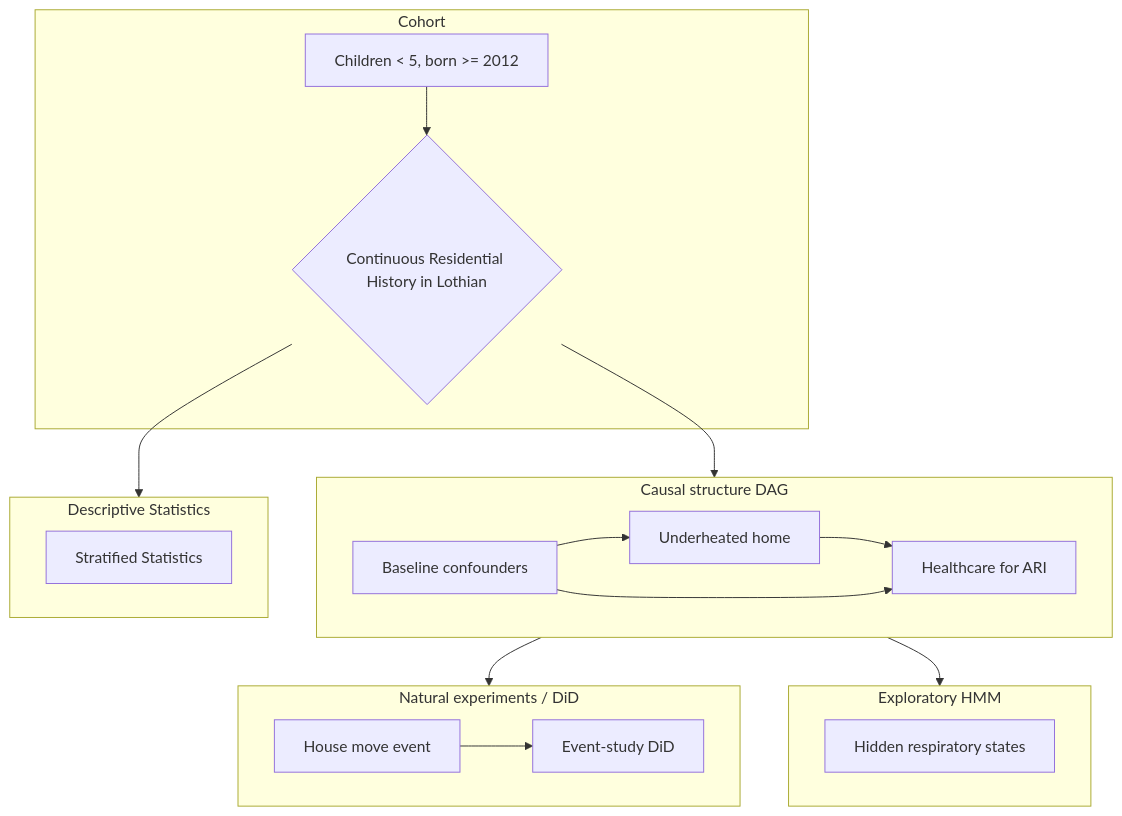
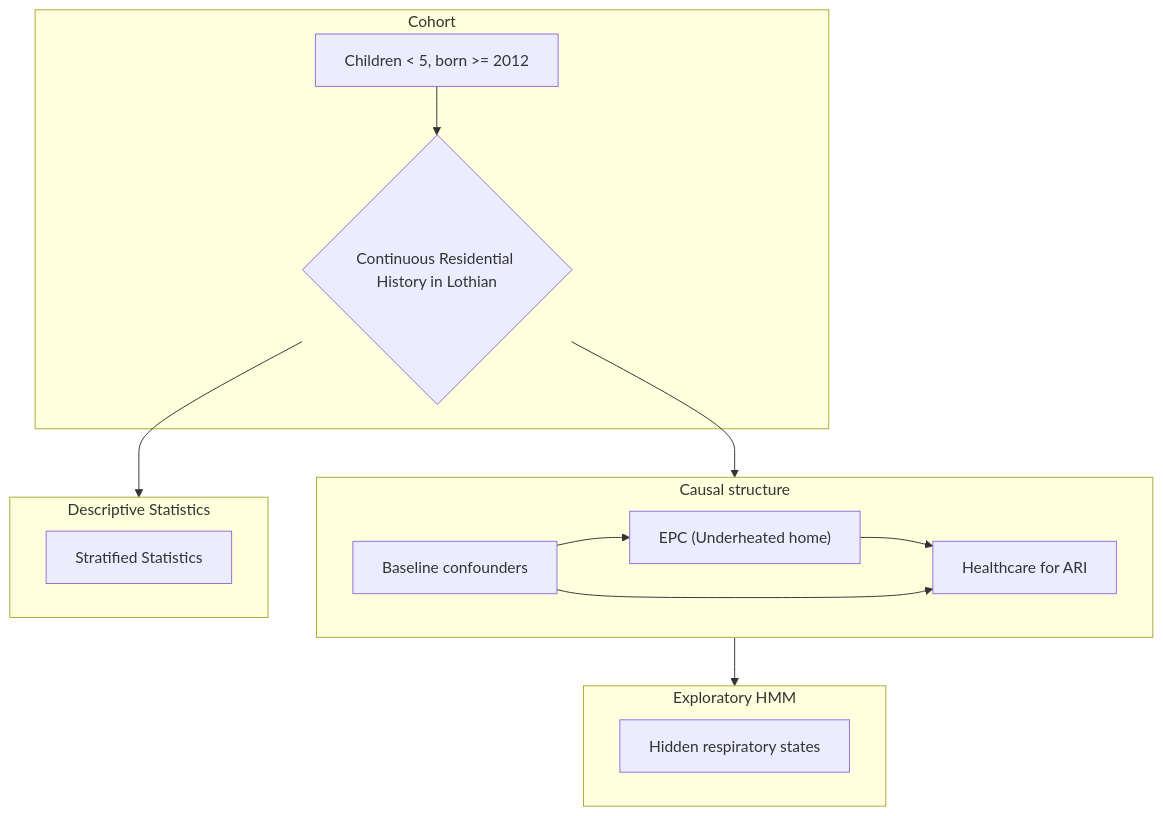
The diagram in analysis_plan.md (HomesHeatAndHealthyKids/DataLochAnalysis), drawn with Mermaid before and after one commit. The commit also changed other lines of this file and 1 other file, not shown here.

Commit message:
Added key to linkage diagram

````diff
--- a/analysis_plan.md
+++ b/analysis_plan.md
@@ -3,46 +3,48 @@
 ```mermaid
 flowchart TD
   %% Establish cohort
   subgraph A [Cohort]
     A1[Children < 5, born >= 2012]
     A2{Continuous Residential History in Lothian}
     A1 --> A2
   end
 
   %% Causal structure
-  subgraph B [Causal structure DAG]
-    X[Underheated home]
+  subgraph B [Causal structure]
+    X["EPC (Underheated home)"]
     Y[Healthcare for ARI]
     C[Baseline confounders]
     X --> Y
     C --> X
     C --> Y
   end
 
   %% Analysis branches
-  subgraph Cx [Natural experiments / DiD]
-    E0[House move event]
-    E1[Event-study DiD]
-    E0 --> E1
-  end
+  %% subgraph Cx [Natural experiments / DiD]
+  %%   E0[House move event]
+  %%   E1[Event-study DiD]
+  %%   E0 --> E1
+  %% end
 
   subgraph D [Exploratory HMM]
     H1[Hidden respiratory states]
   end
 
   subgraph E [Descriptive Statistics]
-    H2[Stratified Statistics]
+   H2[Stratified Statistics]
   end
 
   %% Flow
   A2 --> B
-  B --> Cx
+  %% B --> Cx
   B --> D
   A2 --> E
 
-  classDef exp fill:#1b9e77,color:#fff,stroke:#1b9e77,stroke-width:1px;
-  classDef conf fill:#377eb8,color:#fff,stroke:#377eb8,stroke-width:1px;
-  classDef med fill:#ff7f00,color:#fff,stroke:#ff7f00,stroke-width:1px;
-  classDef out fill:#e41a1c,color:#fff,stroke:#e41a1c,stroke-width:1px;
-  classDef note fill:#f0f0f0,stroke:#999,stroke-width:1px,color:#333;
+  classDef exp fill:  #E6C7AF,color:#fff,stroke:#1b9e77,stroke-width:1px;
+  classDef conf fill: #86AFC4,color:#fff,stroke:#377eb8,stroke-width:1px;
+  classDef med fill: #D96A4C,color:#fff,stroke:#ff7f00,stroke-width:1px;
+
+ %% class Cx,D,E med
+ %% class A conf
+ %% class B exp
 ```
````
